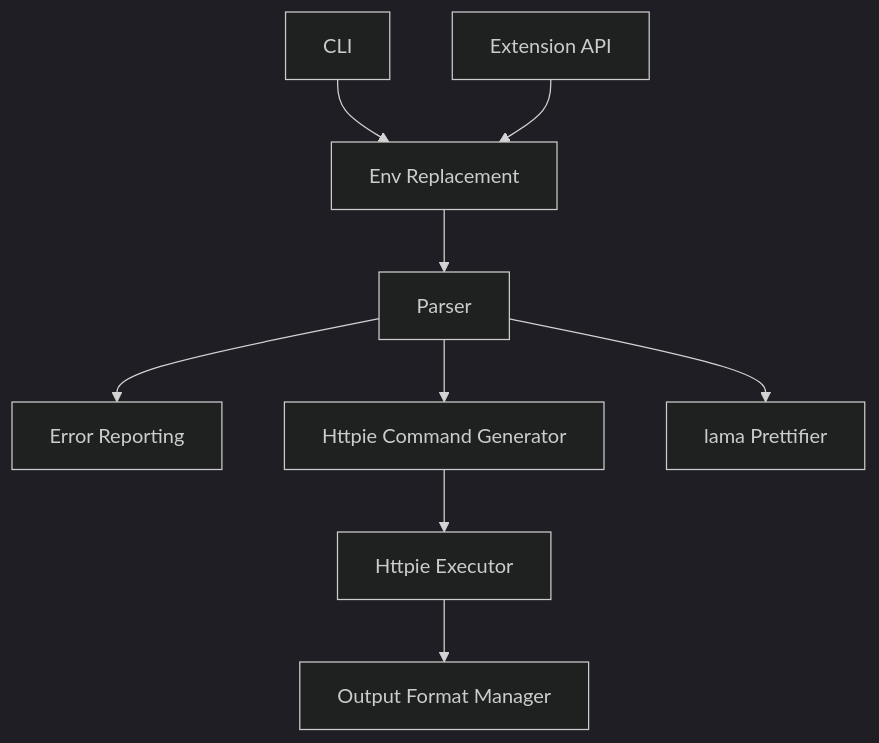
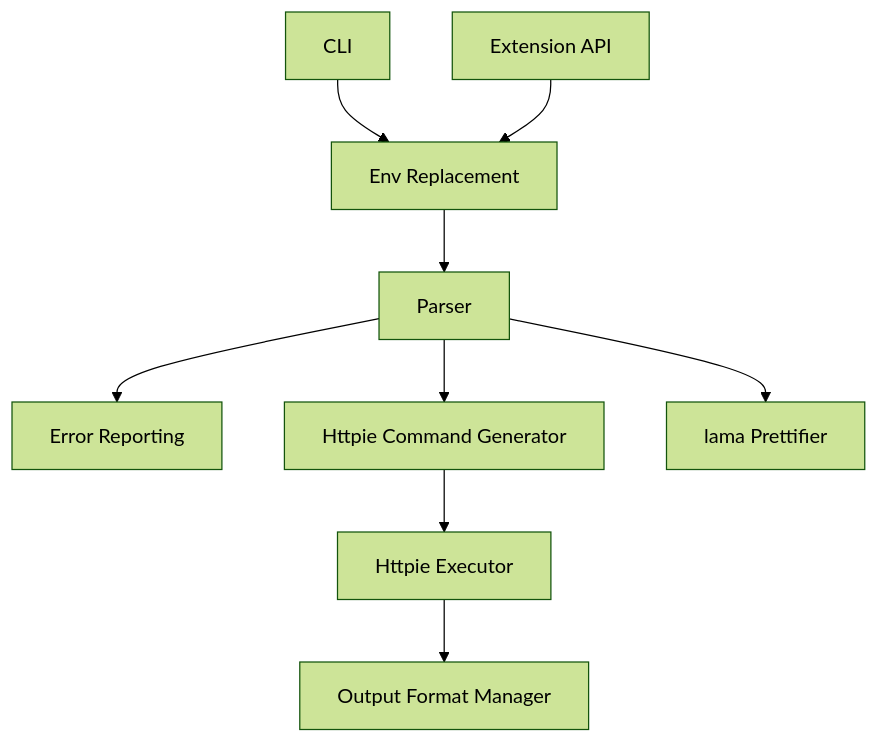
Before and after one commit to HexmosTech/Lama2: the second of 2 diagrams in README.md, drawn with Mermaid. The commit also changed other lines of this file, not shown here.

Commit message:
Forest theme

````diff
--- a/README.md
+++ b/README.md
@@ -72,21 +72,21 @@
 ```mermaid
-%%{init: {'securityLevel': 'loose', 'theme':'dark'}}%%
+%%{init: {'securityLevel': 'loose', 'theme':'forest'}}%%
 graph TD
 	A[CLI]
 	B[Parser]	
 	C[Extension API]
 	D[Httpie Executor]
 	E[Output Format Manager]
 	F[Error Reporting]
 	G[Env Replacement]
 	H[Httpie Command Generator]
 	I[lama Prettifier]
 	A --> G
 	C --> G
 	G --> B
 	B --> F
 	B --> H
 	H --> D
 	D --> E
 	B --> I
 ```
````
